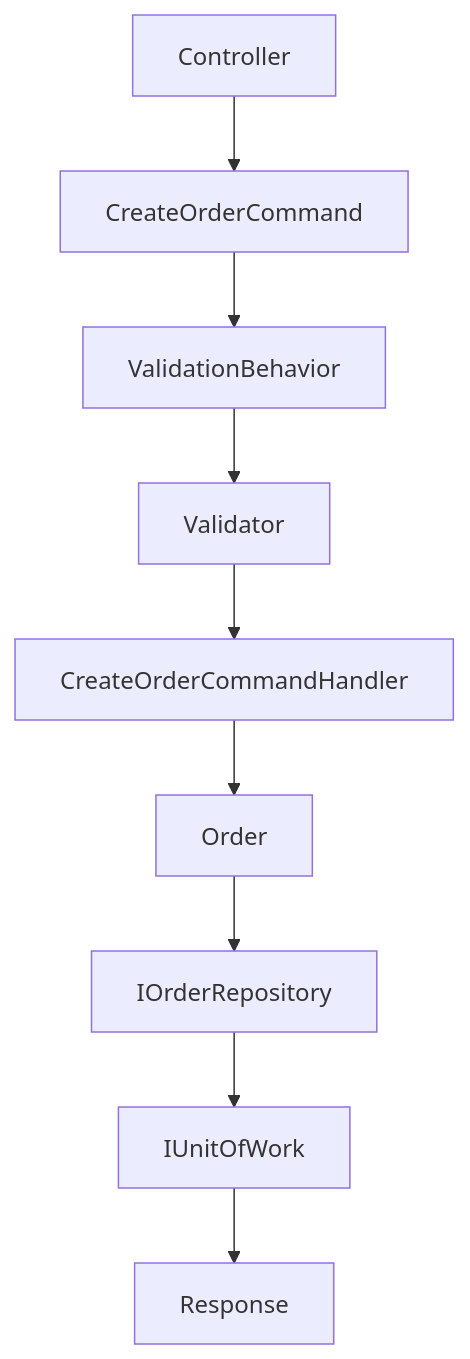
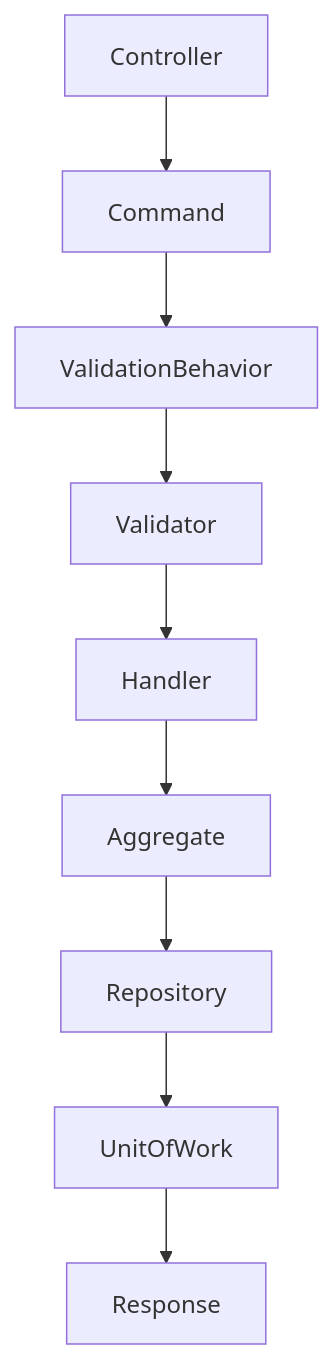
The diagram in docs/diagrams/Fluxo-Criacao-Pedido.md (MarcosMj2rs/OrderFlow), drawn with Mermaid before and after one commit. The commit also changed other lines of this file and 5 other files, not shown here.

````diff
--- a/docs/diagrams/Fluxo-Criacao-Pedido.md
+++ b/docs/diagrams/Fluxo-Criacao-Pedido.md
@@ -3,21 +3,21 @@
 ```mermaid
 flowchart TD
 
 A[Controller]
 
---> B[CreateOrderCommand]
+--> B[Command]
 
 --> C[ValidationBehavior]
 
 --> D[Validator]
 
---> E[CreateOrderCommandHandler]
+--> E[Handler]
 
---> F[Order]
+--> F[Aggregate]
 
---> G[IOrderRepository]
+--> G[Repository]
 
---> H[IUnitOfWork]
+--> H[UnitOfWork]
 
 --> I[Response]
 ```
````
